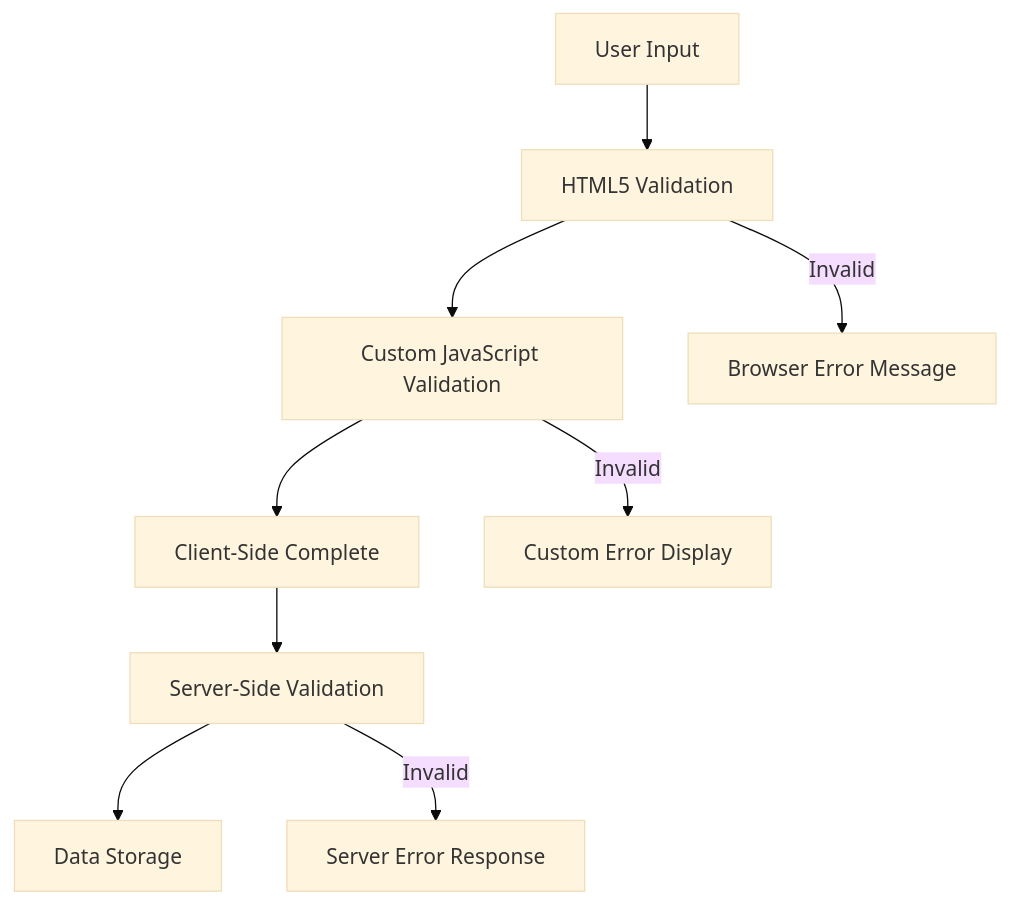
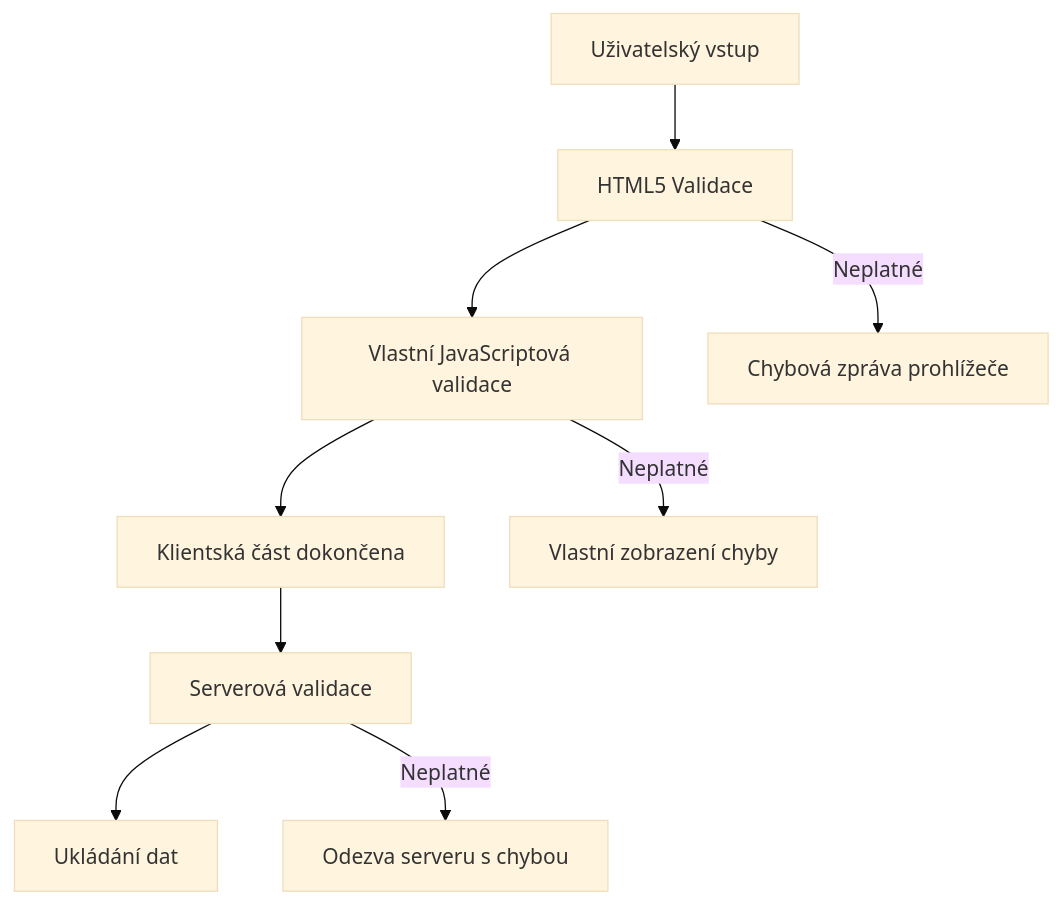
One commit to microsoft/Web-Dev-For-Beginners changed the seventh of 9 diagrams in translations/cs/7-bank-project/2-forms/README.md. Above: the diagram before and after it, drawn with Mermaid (base theme). The commit also changed other lines of this file and 99 other files, not shown here.

````diff
--- a/translations/cs/7-bank-project/2-forms/README.md
+++ b/translations/cs/7-bank-project/2-forms/README.md
@@ -495,12 +650,12 @@
 ```mermaid
 graph TD
-    A[User Input] --> B[HTML5 Validation]
-    B --> C[Custom JavaScript Validation]
-    C --> D[Client-Side Complete]
-    D --> E[Server-Side Validation]
-    E --> F[Data Storage]
+    A[Uživatelský vstup] --> B[HTML5 Validace]
+    B --> C[Vlastní JavaScriptová validace]
+    C --> D[Klientská část dokončena]
+    D --> E[Serverová validace]
+    E --> F[Ukládání dat]
     
-    B -->|Invalid| G[Browser Error Message]
-    C -->|Invalid| H[Custom Error Display]
-    E -->|Invalid| I[Server Error Response]
+    B -->|Neplatné| G[Chybová zpráva prohlížeče]
+    C -->|Neplatné| H[Vlastní zobrazení chyby]
+    E -->|Neplatné| I[Odezva serveru s chybou]
 ```
````
